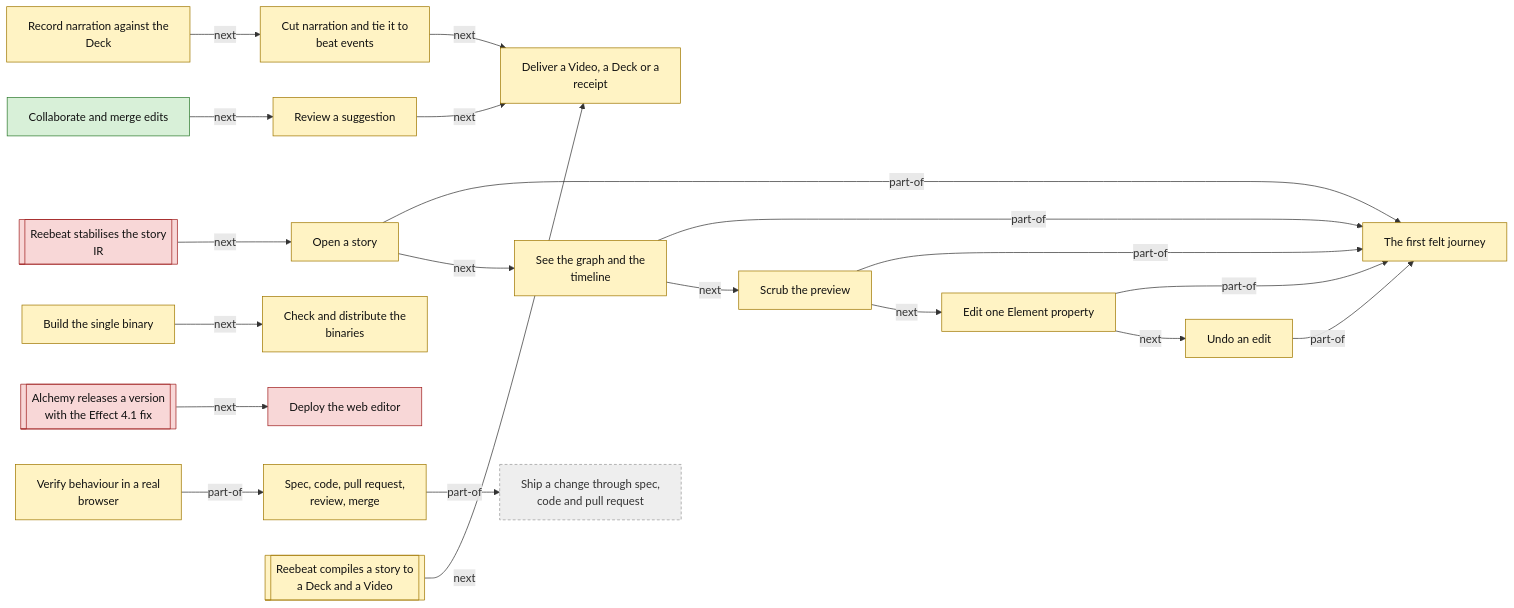
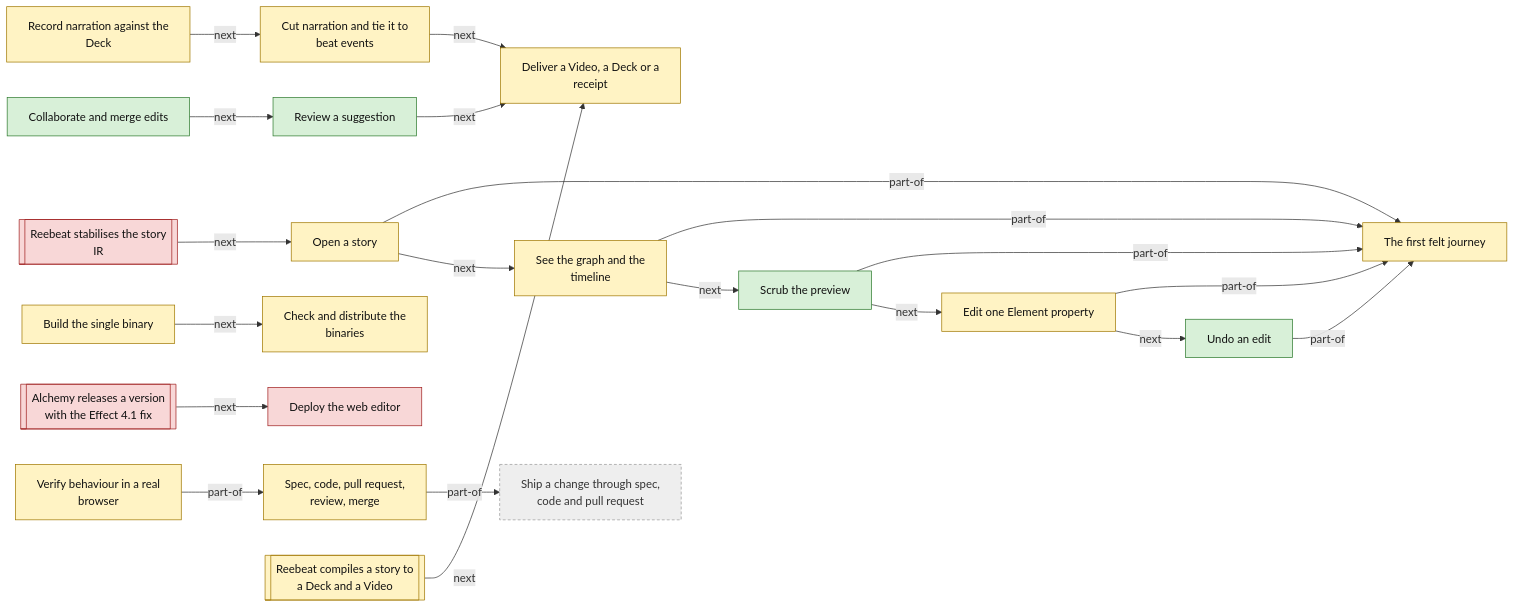
Before and after one commit to reebeat/.github: the second of 2 diagrams in docs/products/studio.md, drawn with Mermaid. The commit also changed other lines of this file and 35 other files, not shown here.

````diff
--- a/docs/products/studio.md
+++ b/docs/products/studio.md
@@ -232,46 +232,46 @@
 ```mermaid
 flowchart LR
     classDef decided fill:#d8f0d8,stroke:#2d7a2d,color:#111
     classDef proposed fill:#fff3c4,stroke:#a07800,color:#111
     classDef open fill:#f8d7d7,stroke:#a02020,color:#111
     classDef outside fill:#eee,stroke:#999,color:#333,stroke-dasharray:4 3
     process_studio_first_journey["The first felt journey"]:::proposed
     process_studio_open_story["Open a story"]:::proposed
     process_studio_inspect_story["See the graph and the<br/>timeline"]:::proposed
-    process_studio_scrub_preview["Scrub the preview"]:::proposed
+    process_studio_scrub_preview["Scrub the preview"]:::decided
     process_studio_edit_property["Edit one Element property"]:::proposed
-    process_studio_undo_edit["Undo an edit"]:::proposed
+    process_studio_undo_edit["Undo an edit"]:::decided
     process_studio_record_narration["Record narration against the<br/>Deck"]:::proposed
     process_studio_cut_narration["Cut narration and tie it to<br/>beat events"]:::proposed
     process_studio_collaborate_merge["Collaborate and merge edits"]:::decided
-    process_studio_review_suggestion["Review a suggestion"]:::proposed
+    process_studio_review_suggestion["Review a suggestion"]:::decided
     process_studio_deliver["Deliver a Video, a Deck or a<br/>receipt"]:::proposed
     process_studio_build_binary["Build the single binary"]:::proposed
     process_studio_distribute_binary["Check and distribute the<br/>binaries"]:::proposed
     process_studio_deploy_web["Deploy the web editor"]:::open
     process_studio_pr_review_loop["Spec, code, pull request,<br/>review, merge"]:::proposed
     process_studio_verify_journey["Verify behaviour in a real<br/>browser"]:::proposed
     extproc_studio_reebeat_ir_stable[["Reebeat stabilises the story<br/>IR"]]:::open
     extproc_studio_reebeat_compile[["Reebeat compiles a story to<br/>a Deck and a Video"]]:::proposed
     extproc_studio_alchemy_release[["Alchemy releases a version<br/>with the Effect 4.1 fix"]]:::open
     process_org_ship_change["Ship a change through spec,<br/>code and pull request"]:::outside
     process_studio_open_story -->|part-of| process_studio_first_journey
     process_studio_open_story -->|next| process_studio_inspect_story
     process_studio_inspect_story -->|part-of| process_studio_first_journey
     process_studio_inspect_story -->|next| process_studio_scrub_preview
     process_studio_scrub_preview -->|part-of| process_studio_first_journey
     process_studio_scrub_preview -->|next| process_studio_edit_property
     process_studio_edit_property -->|part-of| process_studio_first_journey
     process_studio_edit_property -->|next| process_studio_undo_edit
     process_studio_undo_edit -->|part-of| process_studio_first_journey
     process_studio_record_narration -->|next| process_studio_cut_narration
     process_studio_cut_narration -->|next| process_studio_deliver
     process_studio_collaborate_merge -->|next| process_studio_review_suggestion
     process_studio_review_suggestion -->|next| process_studio_deliver
     process_studio_build_binary -->|next| process_studio_distribute_binary
     process_studio_pr_review_loop -->|part-of| process_org_ship_change
     process_studio_verify_journey -->|part-of| process_studio_pr_review_loop
     extproc_studio_reebeat_ir_stable -->|next| process_studio_open_story
     extproc_studio_reebeat_compile -->|next| process_studio_deliver
     extproc_studio_alchemy_release -->|next| process_studio_deploy_web
 ```
````
